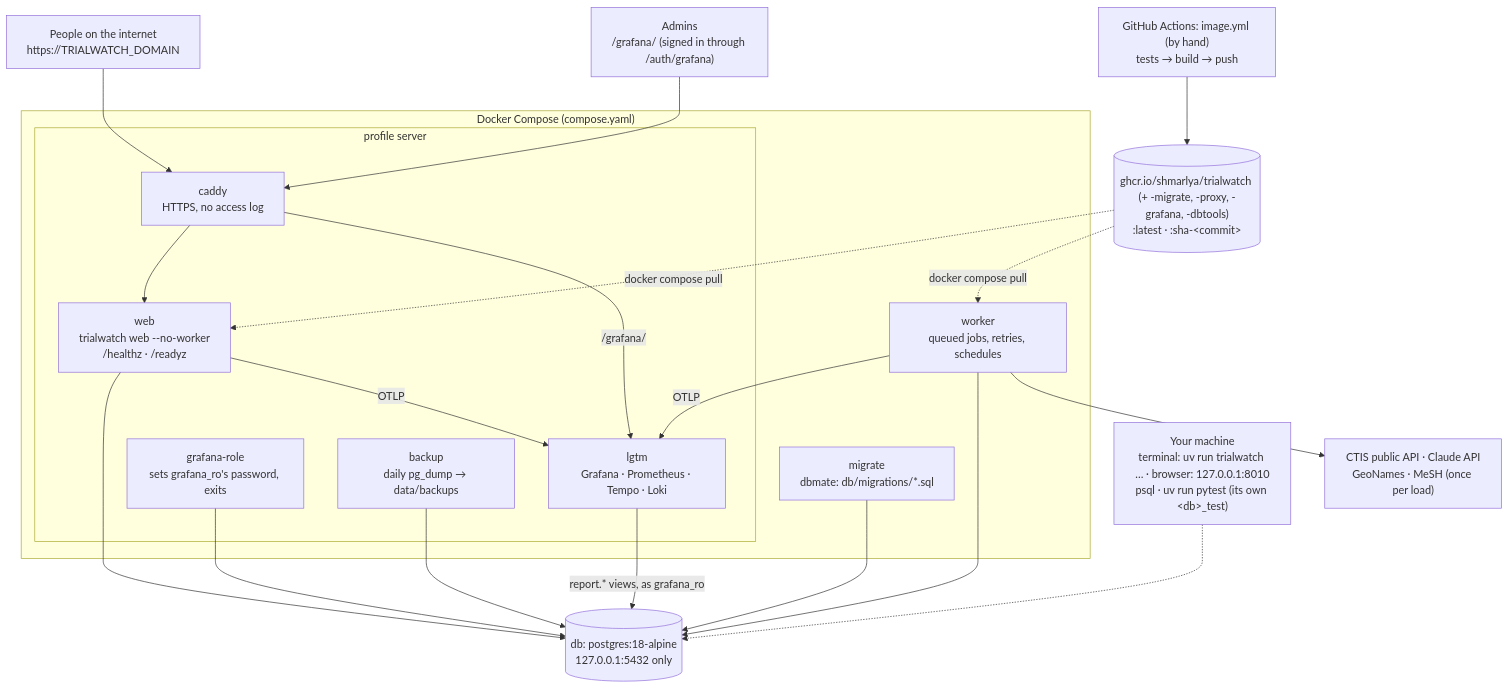
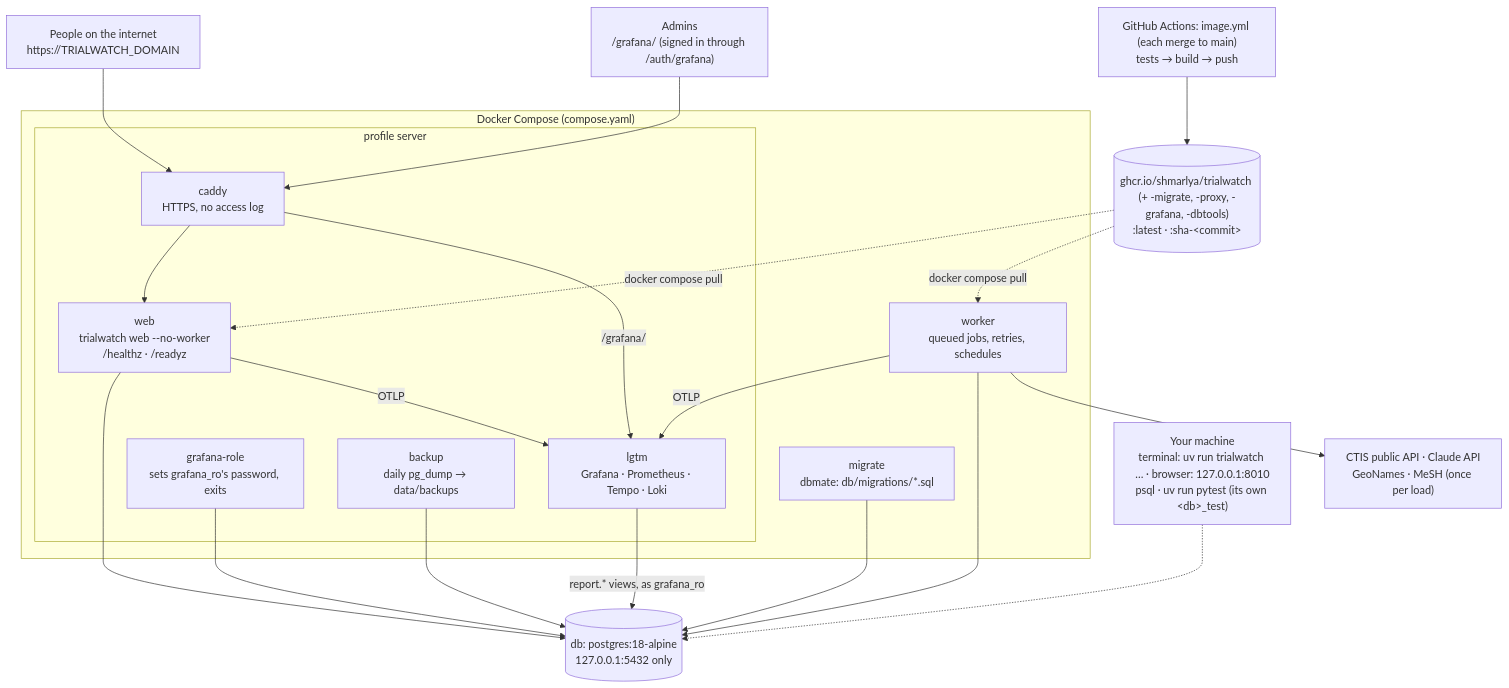
The first of 2 diagrams in docs/operations.md (shmarlya/trialwatch), drawn with Mermaid before and after one commit. The commit also changed other lines of this file and 2 other files, not shown here.

Commit message:
ci(image): build and push the image on every merge into main, and redeploy Coolify when its webhook is set

````diff
--- a/docs/operations.md
+++ b/docs/operations.md
@@ -6,37 +6,37 @@
 ```mermaid
 flowchart TB
     you["Your machine<br>terminal: uv run trialwatch … · browser: 127.0.0.1:8010<br>psql · uv run pytest (its own &lt;db&gt;_test)"]
     people["People on the internet<br>https://TRIALWATCH_DOMAIN"]
     admins["Admins<br>/grafana/ (signed in through /auth/grafana)"]
-    actions["GitHub Actions: image.yml (by hand)<br>tests → build → push"]
+    actions["GitHub Actions: image.yml (each merge to main)<br>tests → build → push"]
     ghcr[("ghcr.io/shmarlya/trialwatch (+ -migrate, -proxy, -grafana, -dbtools)<br>:latest · :sha-&lt;commit&gt;")]
     subgraph compose["Docker Compose (compose.yaml)"]
         subgraph server["profile server"]
             caddy["caddy<br>HTTPS, no access log"]
             web["web<br>trialwatch web --no-worker<br>/healthz · /readyz"]
             lgtm["lgtm<br>Grafana · Prometheus · Tempo · Loki"]
             grafana_role["grafana-role<br>sets grafana_ro's password, exits"]
             backup["backup<br>daily pg_dump → data/backups"]
         end
         worker["worker<br>queued jobs, retries, schedules"]
         migrate["migrate<br>dbmate: db/migrations/*.sql"]
     end
     db[("db: postgres:18-alpine<br>127.0.0.1:5432 only")]
     external["CTIS public API · Claude API<br>GeoNames · MeSH (once per load)"]
     actions --> ghcr
     ghcr -. "docker compose pull" .-> web
     ghcr -. "docker compose pull" .-> worker
     people --> caddy --> web
     admins --> caddy
     caddy -- "/grafana/" --> lgtm
     you -.-> db
     web --> db
     worker --> db
     migrate --> db
     backup --> db
     grafana_role --> db
     lgtm -- "report.* views, as grafana_ro" --> db
     web -- "OTLP" --> lgtm
     worker -- "OTLP" --> lgtm
     worker --> external
 ```
````
